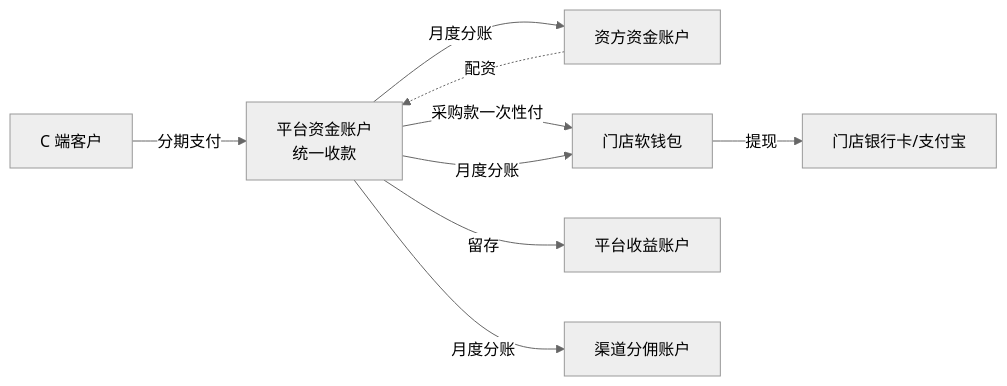
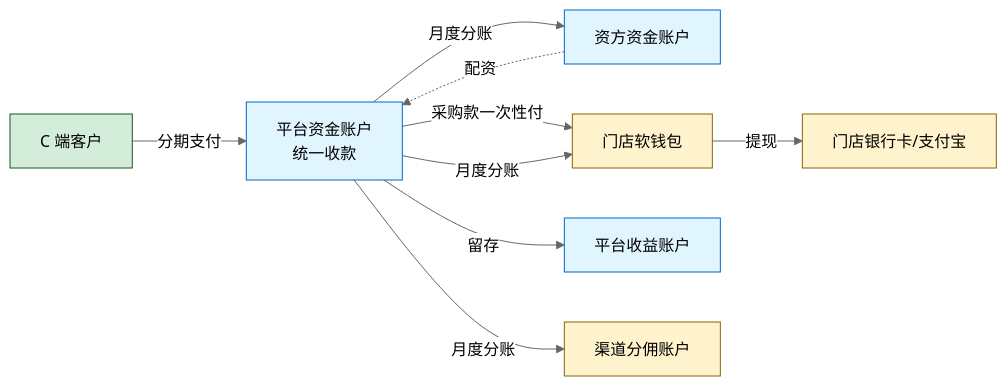
Before and after one commit to joezjyan-bot/mandian-prd: the diagram in PRD/V0.1/split/08_财务.md, drawn with Mermaid (neutral theme). The commit also changed other lines of this file, not shown here.

````diff
--- a/PRD/V0.1/split/08_财务.md
+++ b/PRD/V0.1/split/08_财务.md
@@ -58,19 +59,27 @@
 ```mermaid
 flowchart LR
     Customer[C 端客户]
     PlatformAcc[平台资金账户<br/>统一收款]
     FunderAcc[资方资金账户]
     MerchantWallet[门店软钱包]
     MerchantBank[门店银行卡/支付宝]
     PlatformProfit[平台收益账户]
     ChannelAcc[渠道分佣账户]
     
     Customer -->|分期支付| PlatformAcc
     FunderAcc -.->|配资| PlatformAcc
     PlatformAcc -->|采购款一次性付| MerchantWallet
     PlatformAcc -->|月度分账| FunderAcc
     PlatformAcc -->|月度分账| MerchantWallet
     PlatformAcc -->|月度分账| ChannelAcc
     PlatformAcc -->|留存| PlatformProfit
     MerchantWallet -->|提现| MerchantBank
+    
+    classDef customerNode fill:#d4edda,stroke:#155724
+    classDef platformNode fill:#e1f5ff,stroke:#0066cc
+    classDef businessNode fill:#fff3cd,stroke:#856404
+    
+    class Customer customerNode
+    class PlatformAcc,PlatformProfit,FunderAcc platformNode
+    class MerchantWallet,MerchantBank,ChannelAcc businessNode
 ```
````
